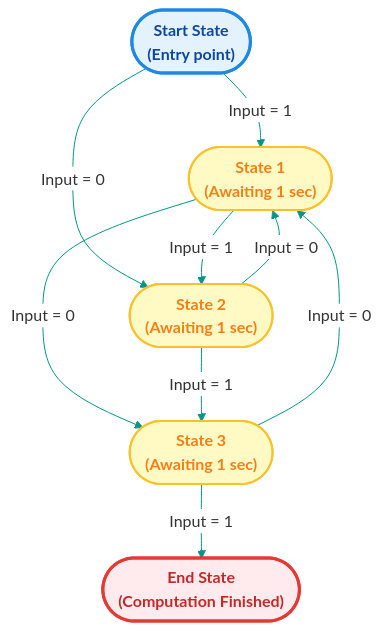
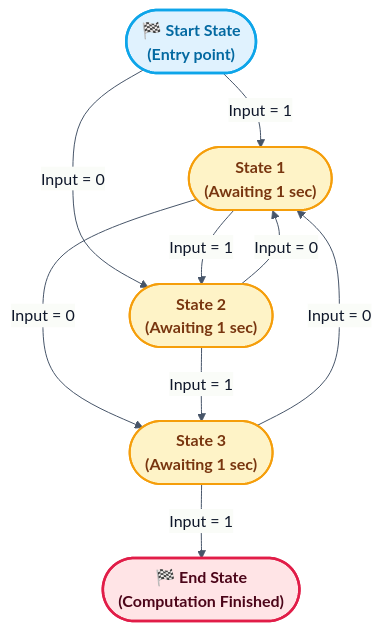
One commit to RameenAnwar/PDC-SP26-SE changed the third of 5 diagrams in SyedMuhammadHuzaifaAshrafi-(23FA-035-SE)/Chapter05/README.md. Above: the diagram before and after it, drawn with Mermaid. The commit also changed other lines of this file and 5 other files, not shown here.

````diff
--- a/SyedMuhammadHuzaifaAshrafi-(23FA-035-SE)/Chapter05/README.md
+++ b/SyedMuhammadHuzaifaAshrafi-(23FA-035-SE)/Chapter05/README.md
@@ -290,30 +132,30 @@
 ```mermaid
-%%{init: {'theme': 'base', 'themeVariables': { 'lineColor': '#009688', 'primaryColor': '#FFFFFF', 'clusterBkg':'#E0F2F1' }}}%%
+%%{init: {'theme': 'base', 'themeVariables': { 'lineColor': '#475569', 'primaryColor': '#f8fafc', 'primaryTextColor': '#0f172a', 'primaryBorderColor': '#cbd5e1' }}}%%
 flowchart TD
-    %% FSM Coroutine Transitions
-    classDef start fill:#E3F2FD,stroke:#1E88E5,stroke-width:3px,color:#0D47A1,font-weight:bold,rx:8,ry:8
-    classDef state fill:#FFF9C4,stroke:#FBC02D,stroke-width:2px,color:#F57F17,font-weight:bold,rx:5,ry:5
-    classDef stop fill:#FFEBEE,stroke:#E53935,stroke-width:3px,color:#C62828,font-weight:bold,rx:8,ry:8
+    %% Premium FSM Coroutine Transitions
+    classDef start fill:#e0f2fe,stroke:#0ea5e9,stroke-width:2.5px,color:#0369a1,font-weight:bold
+    classDef state fill:#fef3c7,stroke:#f59e0b,stroke-width:2px,color:#78350f,font-weight:bold
+    classDef stop fill:#ffe4e6,stroke:#e11d48,stroke-width:2.5px,color:#4c0519,font-weight:bold
 
-    SS(["Start State \n (Entry point)"])
-    S1(["State 1 \n (Awaiting 1 sec)"])
-    S2(["State 2 \n (Awaiting 1 sec)"])
-    S3(["State 3 \n (Awaiting 1 sec)"])
-    ES(["End State \n (Computation Finished)"])
+    SS(["🏁 Start State <br> (Entry point)"])
+    S1(["State 1 <br> (Awaiting 1 sec)"])
+    S2(["State 2 <br> (Awaiting 1 sec)"])
+    S3(["State 3 <br> (Awaiting 1 sec)"])
+    ES(["🏁 End State <br> (Computation Finished)"])
 
     SS -->|Input = 1| S1
     SS -->|Input = 0| S2
 
     S1 -->|Input = 1| S2
     S1 -->|Input = 0| S3
 
     S2 -->|Input = 0| S1
     S2 -->|Input = 1| S3
 
     S3 -->|Input = 0| S1
     S3 -->|Input = 1| ES
 
     class SS start
     class S1,S2,S3 state
     class ES stop
 ```
````
